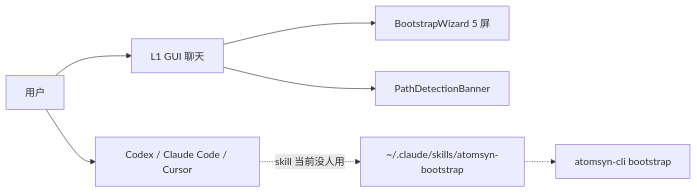
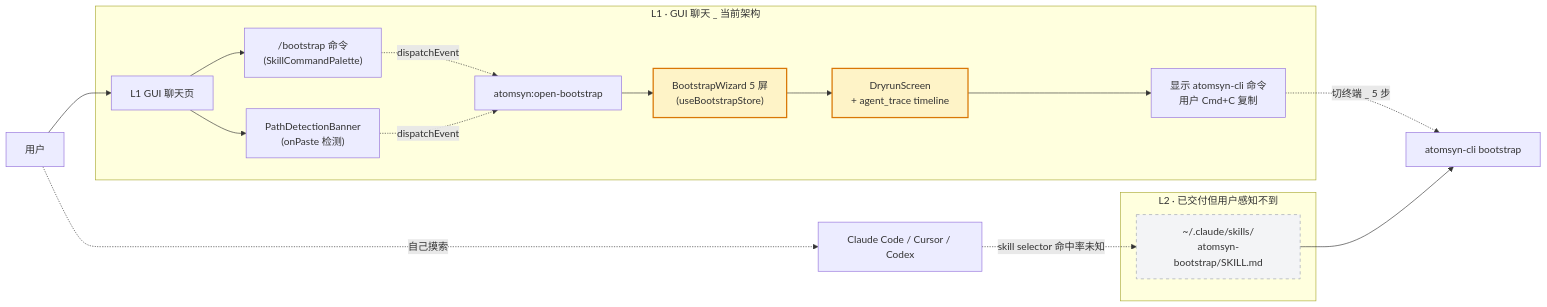
The first of 5 diagrams in openspec/changes/2026-04-chat-as-portal/design.md (lihuan6015-droid/Atomsyn), drawn with Mermaid before and after one commit. The commit also changed other lines of this file and 4 other files, not shown here.

````diff
--- a/openspec/changes/2026-04-chat-as-portal/design.md
+++ b/openspec/changes/2026-04-chat-as-portal/design.md
@@ -28,9 +22,29 @@
 ```mermaid
 graph LR
-  user[用户] --> l1[L1 GUI 聊天]
-  user --> external[Codex / Claude Code / Cursor]
-  l1 --> wizard[BootstrapWizard 5 屏]
-  l1 --> banner[PathDetectionBanner]
-  external -.skill 当前没人用.-> skill[~/.claude/skills/atomsyn-bootstrap]
-  skill -.-> cli[atomsyn-cli bootstrap]
+  user[用户] --> l1[L1 GUI 聊天页]
+  user -. 自己摸索 .-> external[Claude Code / Cursor / Codex]
+
+  subgraph L1[L1 · GUI 聊天 _ 当前架构]
+    l1 --> palette["/bootstrap 命令<br/>(SkillCommandPalette)"]
+    l1 --> banner["PathDetectionBanner<br/>(onPaste 检测)"]
+    palette -. dispatchEvent .-> evt["atomsyn:open-bootstrap"]
+    banner -. dispatchEvent .-> evt
+    evt --> wizard["BootstrapWizard 5 屏<br/>(useBootstrapStore)"]
+    wizard --> dryrun["DryrunScreen<br/>+ agent_trace timeline"]
+    dryrun --> cmdcopy["显示 atomsyn-cli 命令<br/>用户 Cmd+C 复制"]
+  end
+
+  cmdcopy -. 切终端 _ 5 步 .-> cli[atomsyn-cli bootstrap]
+
+  subgraph L2[L2 · 已交付但用户感知不到]
+    skill["~/.claude/skills/<br/>atomsyn-bootstrap/SKILL.md"]
+  end
+
+  external -. skill selector 命中率未知 .-> skill
+  skill --> cli
+
+  classDef heavy fill:#fef3c7,stroke:#d97706,stroke-width:2px
+  classDef invisible fill:#f3f4f6,stroke:#9ca3af,stroke-dasharray:5 5
+  class wizard,dryrun heavy
+  class skill invisible
 ```
````
